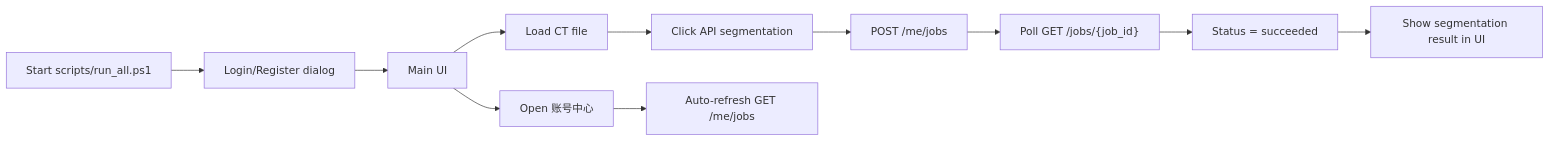
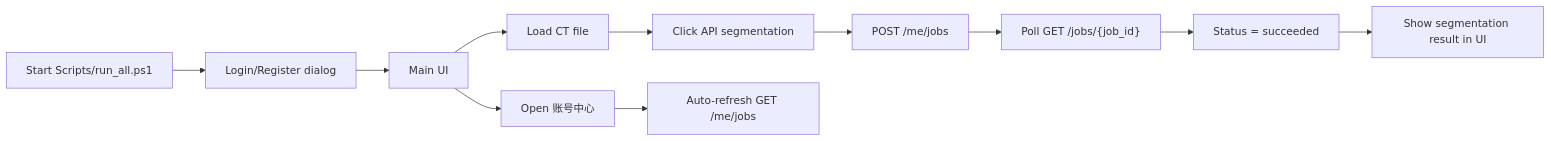
One commit to Ansel-Yu22/3DLiverTumorSegmentation changed the diagram in README.md. Above: the diagram before and after it, drawn with Mermaid. The commit also changed other lines of this file and 9 other files, not shown here.

````diff
--- a/README.md
+++ b/README.md
@@ -45,13 +45,13 @@
 ```mermaid
 flowchart LR
-  A["Start scripts/run_all.ps1"] --> B["Login/Register dialog"]
+  A["Start Scripts/run_all.ps1"] --> B["Login/Register dialog"]
   B --> C["Main UI"]
   C --> D["Load CT file"]
   D --> E["Click API segmentation"]
   E --> F["POST /me/jobs"]
   F --> G["Poll GET /jobs/{job_id}"]
   G --> H["Status = succeeded"]
   H --> I["Show segmentation result in UI"]
   C --> J["Open 账号中心"]
   J --> K["Auto-refresh GET /me/jobs"]
 ```
````
